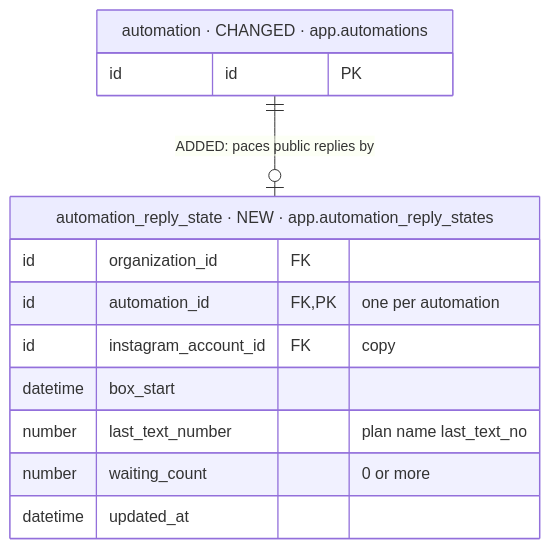
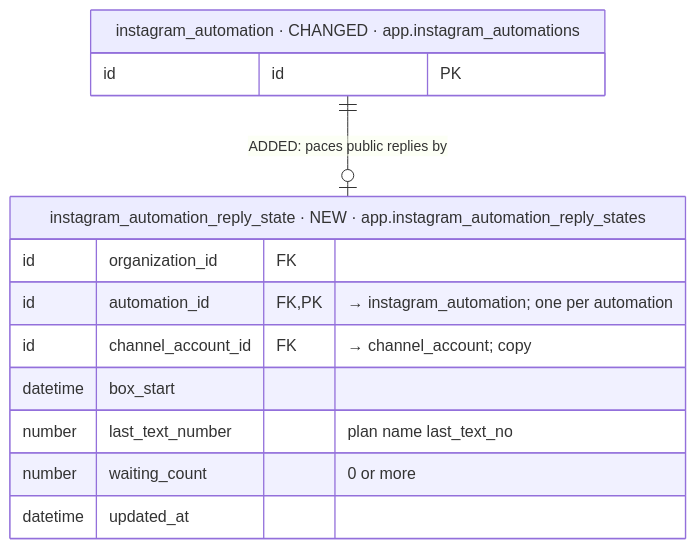
Diagram 13 of 40 in iterations/feat-instagram-dm-sending-2026-11-23-oxak/plans/db-changes.md (albetrios/meepzo-be), drawn with Mermaid before and after one commit. The commit also changed other lines of this file and 3 other files, not shown here.

````diff
--- a/iterations/feat-instagram-dm-sending-2026-11-23-oxak/plans/db-changes.md
+++ b/iterations/feat-instagram-dm-sending-2026-11-23-oxak/plans/db-changes.md
@@ -637,16 +764,16 @@
 ```mermaid
 erDiagram
-  automation_reply_state["automation_reply_state · NEW · app.automation_reply_states"] {
+  instagram_automation_reply_state["instagram_automation_reply_state · NEW · app.instagram_automation_reply_states"] {
     id organization_id FK
-    id automation_id FK, PK "one per automation"
-    id instagram_account_id FK "copy"
+    id automation_id FK, PK "→ instagram_automation; one per automation"
+    id channel_account_id FK "→ channel_account; copy"
     datetime box_start
     number last_text_number "plan name last_text_no"
     number waiting_count "0 or more"
     datetime updated_at
   }
-  automation["automation · CHANGED · app.automations"] {
+  instagram_automation["instagram_automation · CHANGED · app.instagram_automations"] {
     id id PK
   }
-  automation ||--o| automation_reply_state : "ADDED: paces public replies by"
+  instagram_automation ||--o| instagram_automation_reply_state : "ADDED: paces public replies by"
 ```
````
